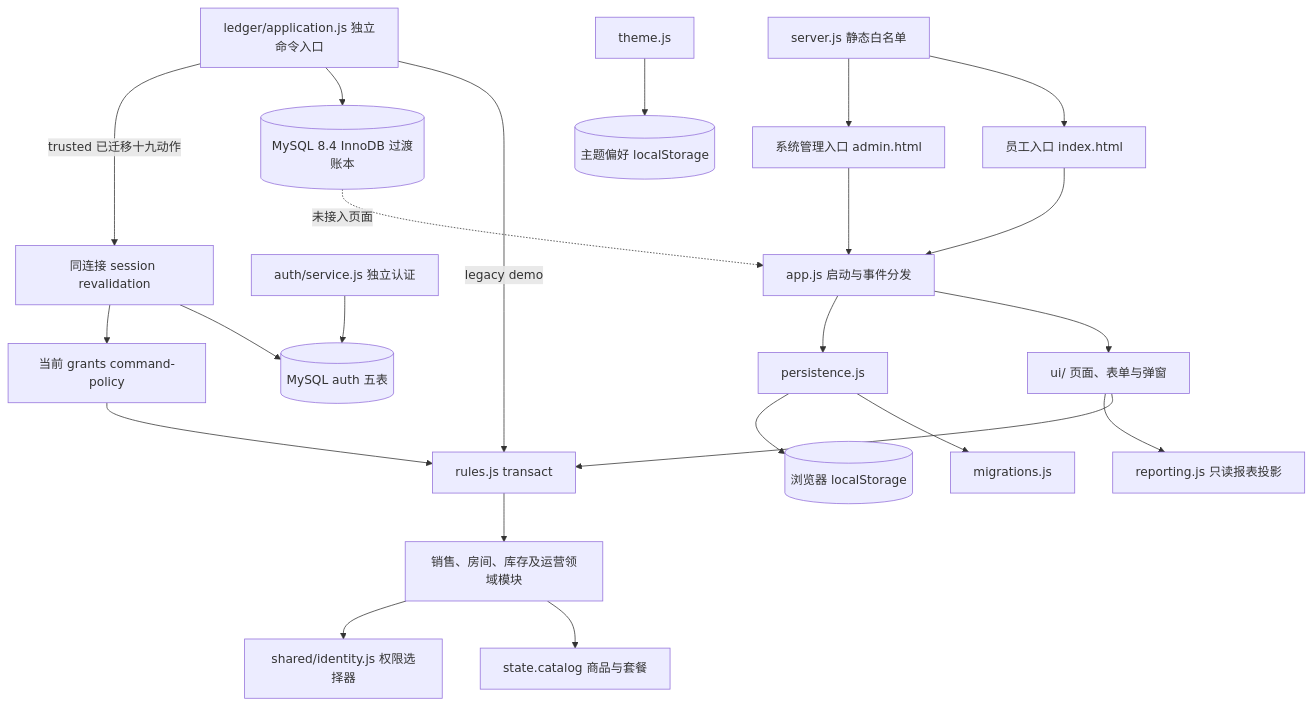
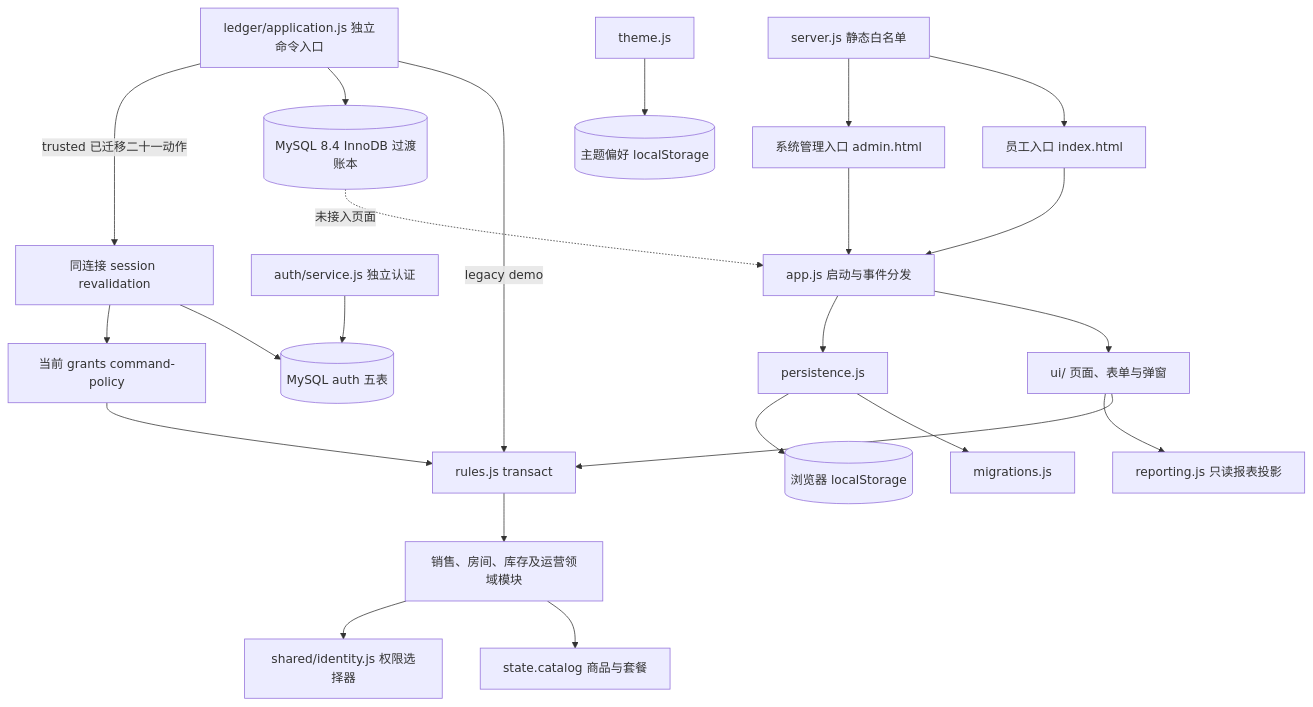
Before and after one commit to Richard-Zhuo/codex-KTV: the diagram in docs/ARCHITECTURE.md, drawn with Mermaid. The commit also changed other lines of this file and 14 other files, not shown here.

````diff
--- a/docs/ARCHITECTURE.md
+++ b/docs/ARCHITECTURE.md
@@ -7,25 +7,25 @@
 ```mermaid
 flowchart TD
   E[员工入口 index.html] --> APP[app.js 启动与事件分发]
   A[系统管理入口 admin.html] --> APP
   APP --> UI[ui/ 页面、表单与弹窗]
   APP --> P[persistence.js]
   P --> M[migrations.js]
   P --> LS[(浏览器 localStorage)]
   UI --> TX[rules.js transact]
   TX --> D[销售、房间、库存及运营领域模块]
   UI --> REP[reporting.js 只读报表投影]
   D --> C[state.catalog 商品与套餐]
   D --> ID[shared/identity.js 权限选择器]
   T[theme.js] --> PREF[(主题偏好 localStorage)]
   S[server.js 静态白名单] --> E
   S --> A
   L[ledger/application.js 独立命令入口] -->|legacy demo| TX
   L --> DB[(MySQL 8.4 InnoDB 过渡账本)]
   AUTH[auth/service.js 独立认证] --> AUTHDB[(MySQL auth 五表)]
-  L -->|trusted 已迁移十九动作| RV[同连接 session revalidation]
+  L -->|trusted 已迁移二十一动作| RV[同连接 session revalidation]
   RV --> AUTHDB
   RV --> CP[当前 grants command-policy]
   CP --> TX
   DB -. 未接入页面 .-> APP
 ```
````
